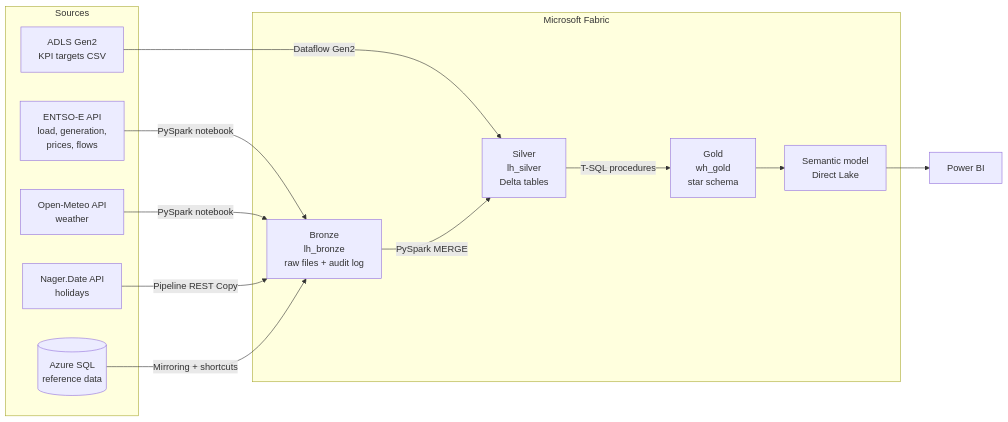
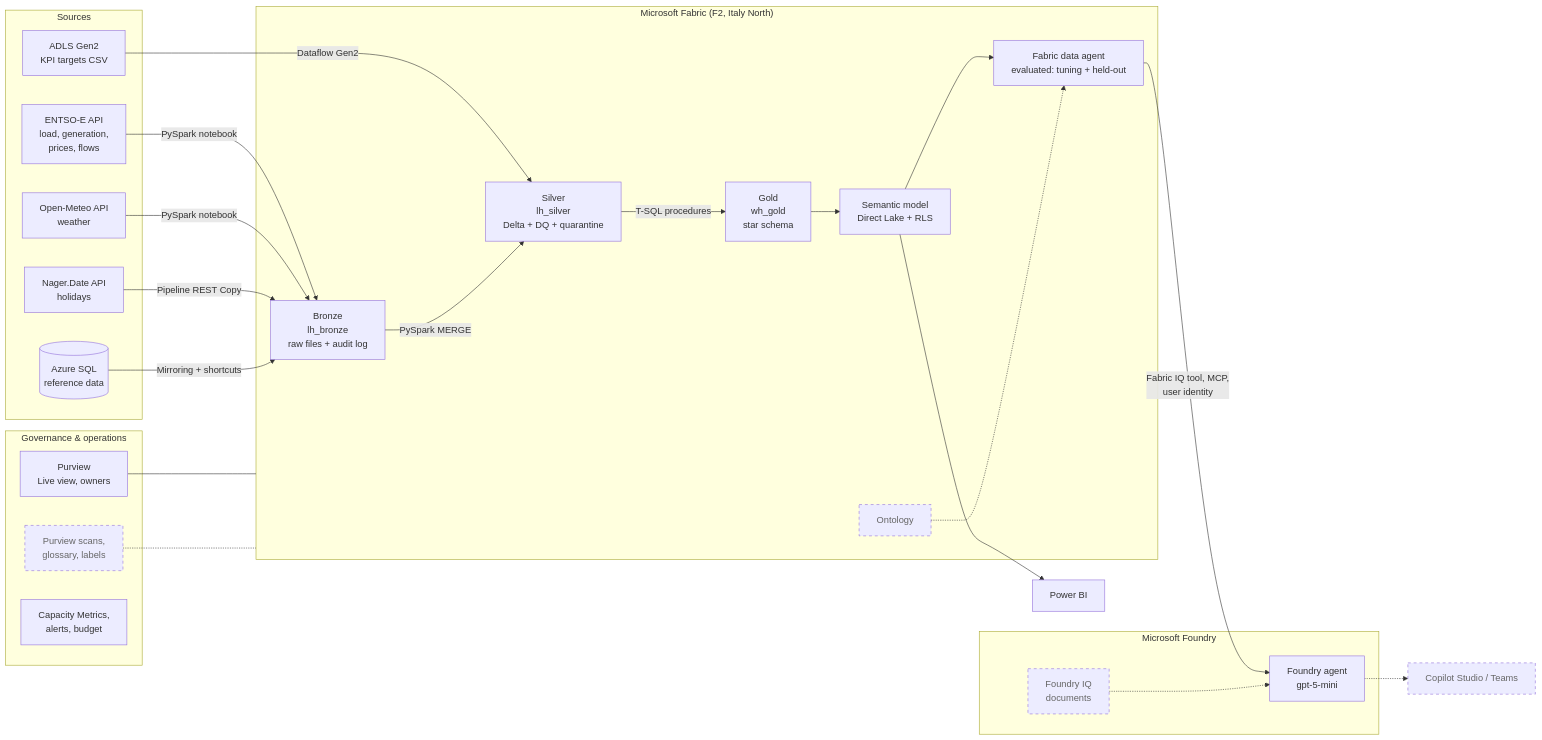
One commit to Romina-mhm/fabric-energy-platform changed the diagram in README.md. Above: the diagram before and after it, drawn with Mermaid. The commit also changed other lines of this file, not shown here.

````diff
--- a/README.md
+++ b/README.md
@@ -23,24 +23,45 @@
 ```mermaid
 flowchart LR
     subgraph Sources
         E[ENTSO-E API<br/>load, generation,<br/>prices, flows]
         W[Open-Meteo API<br/>weather]
         H[Nager.Date API<br/>holidays]
         S[(Azure SQL<br/>reference data)]
         K[ADLS Gen2<br/>KPI targets CSV]
     end
-    subgraph Fabric["Microsoft Fabric"]
+    subgraph Fabric["Microsoft Fabric (F2, Italy North)"]
         B[Bronze<br/>lh_bronze<br/>raw files + audit log]
-        SV[Silver<br/>lh_silver<br/>Delta tables]
+        SV[Silver<br/>lh_silver<br/>Delta + DQ + quarantine]
         G[Gold<br/>wh_gold<br/>star schema]
-        SM[Semantic model<br/>Direct Lake]
+        SM[Semantic model<br/>Direct Lake + RLS]
+        DA[Fabric data agent<br/>evaluated: tuning + held-out]
+        ONT[Ontology]
     end
+    subgraph Foundry["Microsoft Foundry"]
+        FA[Foundry agent<br/>gpt-5-mini]
+        FIQ[Foundry IQ<br/>documents]
+    end
+    subgraph Gov["Governance & operations"]
+        PV[Purview<br/>Live view, owners]
+        PVE[Purview scans,<br/>glossary, labels]
+        OPS[Capacity Metrics,<br/>alerts, budget]
+    end
+    CS[Copilot Studio / Teams]
     E -->|PySpark notebook| B
     W -->|PySpark notebook| B
     H -->|Pipeline REST Copy| B
     S -->|Mirroring + shortcuts| B
     K -->|Dataflow Gen2| SV
     B -->|PySpark MERGE| SV
     SV -->|T-SQL procedures| G
     G --> SM --> PBI[Power BI]
+    SM --> DA
+    DA -->|Fabric IQ tool, MCP,<br/>user identity| FA
+    FIQ -.-> FA
+    ONT -.-> DA
+    FA -.-> CS
+    PV --- Fabric
+    PVE -.- Fabric
+    classDef target stroke-dasharray: 5 5,color:#666
+    class ONT,FIQ,PVE,CS target
 ```
````
